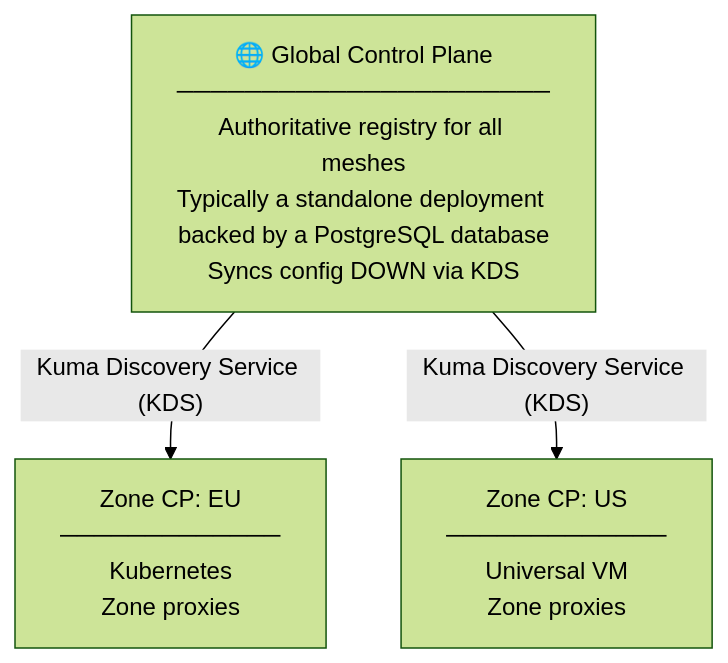
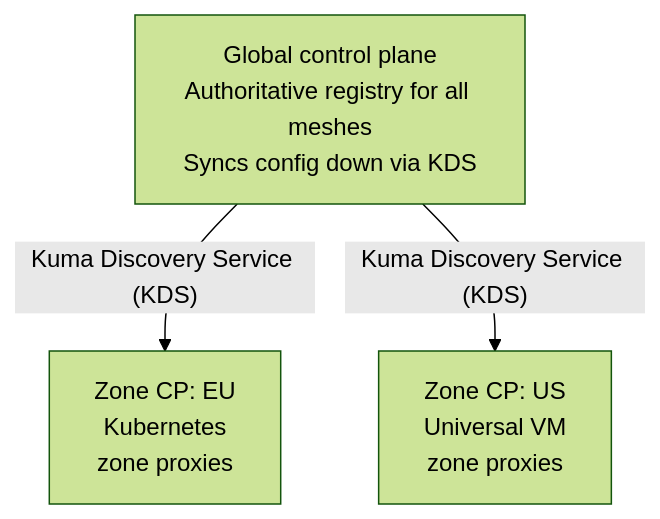
The diagram in app/mesh/scenarios/resource-scoping.md (Kong/developer.konghq.com), drawn with Mermaid (forest theme) before and after one commit. The commit also changed other lines of this file, not shown here.

```diff
--- a/app/mesh/scenarios/resource-scoping.md
+++ b/app/mesh/scenarios/resource-scoping.md
@@ -37,10 +44,10 @@
 {% mermaid %}
 flowchart TD
-    GCP["🌐 Global Control Plane<br/>──────────────────────<br/>Authoritative registry for all meshes<br/>Typically a standalone deployment backed by a PostgreSQL database<br/>Syncs config DOWN via KDS"]
+    GCP["Global control plane<br/>Authoritative registry for all meshes<br/>Syncs config down via KDS"]
 
     GCP -- "Kuma Discovery Service (KDS)" --> ZCP_EU
     GCP -- "Kuma Discovery Service (KDS)" --> ZCP_US
 
-    ZCP_EU["Zone CP: EU<br/>─────────────<br/>Kubernetes<br/>Zone proxies"]
-    ZCP_US["Zone CP: US<br/>─────────────<br/>Universal VM<br/>Zone proxies"]
+    ZCP_EU["Zone CP: EU<br/>Kubernetes<br/>zone proxies"]
+    ZCP_US["Zone CP: US<br/>Universal VM<br/>zone proxies"]
 {% endmermaid %}
```
